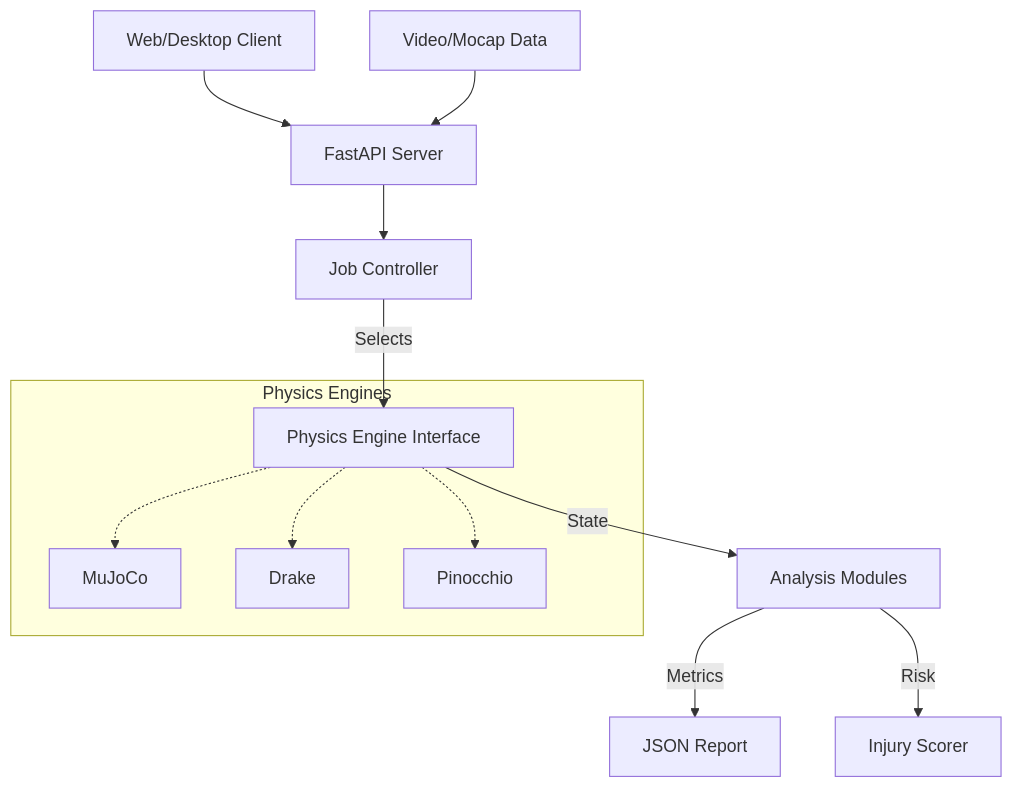
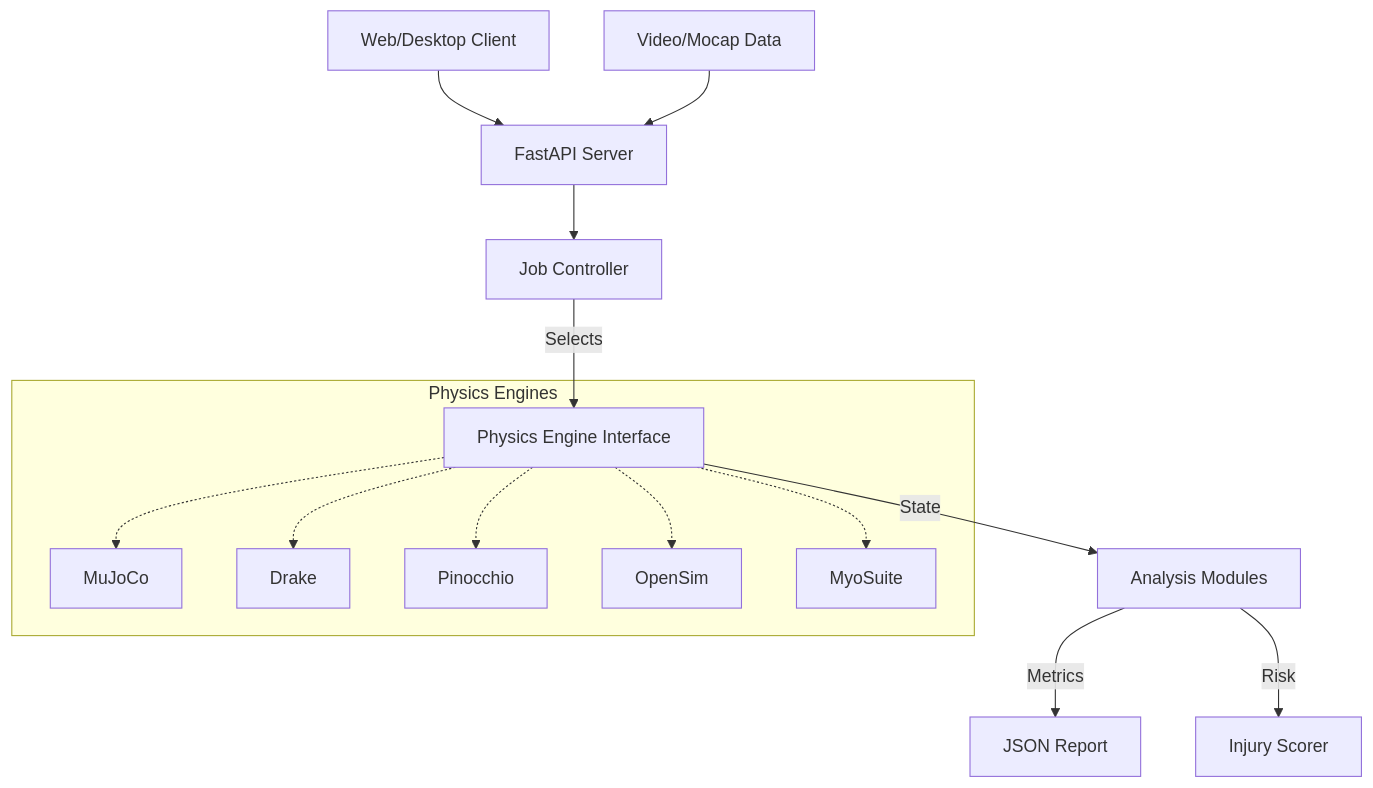
The diagram in docs/architecture/system_overview.md (D-sorganization/UpstreamDrift), drawn with Mermaid before and after one commit. The commit also changed other lines of this file and 34 other files, not shown here.

````diff
--- a/docs/architecture/system_overview.md
+++ b/docs/architecture/system_overview.md
@@ -24,17 +47,19 @@
 ```mermaid
 graph TD
     Client[Web/Desktop Client] --> API[FastAPI Server]
     API --> Controller[Job Controller]
     Controller -->|Selects| Engine[Physics Engine Interface]
-    
+
     subgraph "Physics Engines"
         Engine -.-> MuJoCo
         Engine -.-> Drake
         Engine -.-> Pinocchio
+        Engine -.-> OpenSim
+        Engine -.-> MyoSuite
     end
-    
+
     Data[Video/Mocap Data] --> API
     Engine -->|State| Analysis[Analysis Modules]
     Analysis -->|Metrics| Report[JSON Report]
     Analysis -->|Risk| Injury[Injury Scorer]
 ```
````
